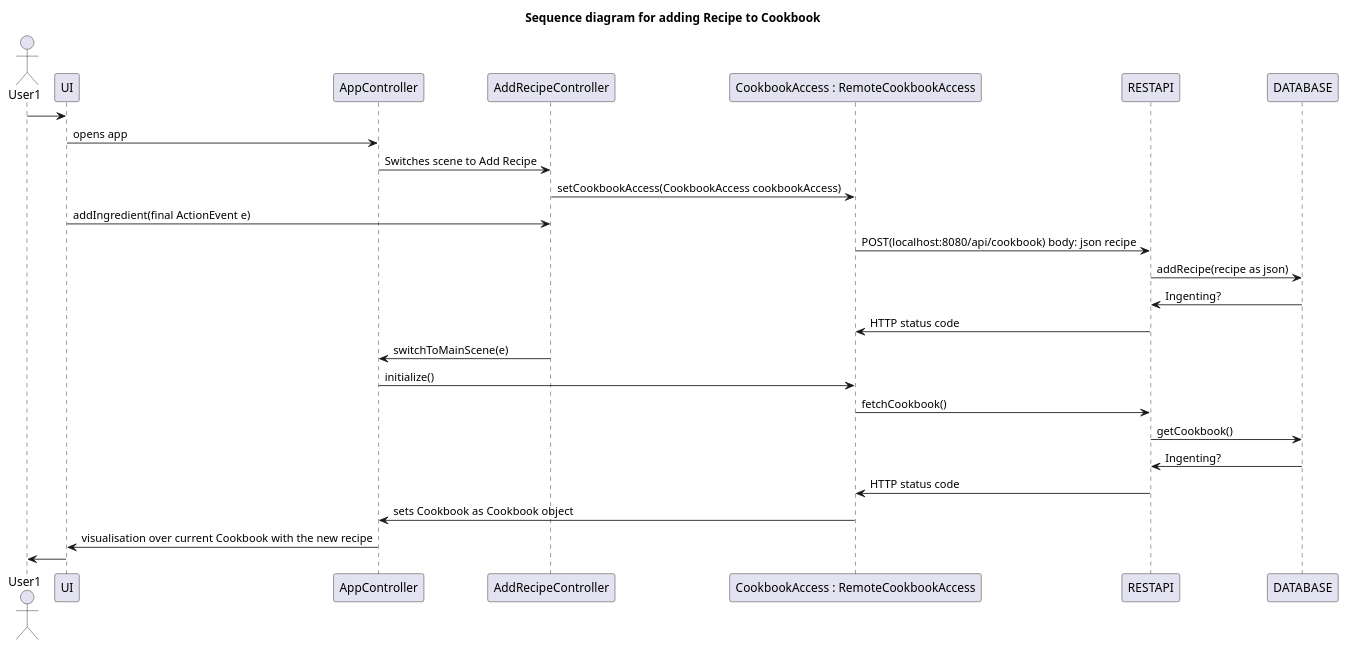
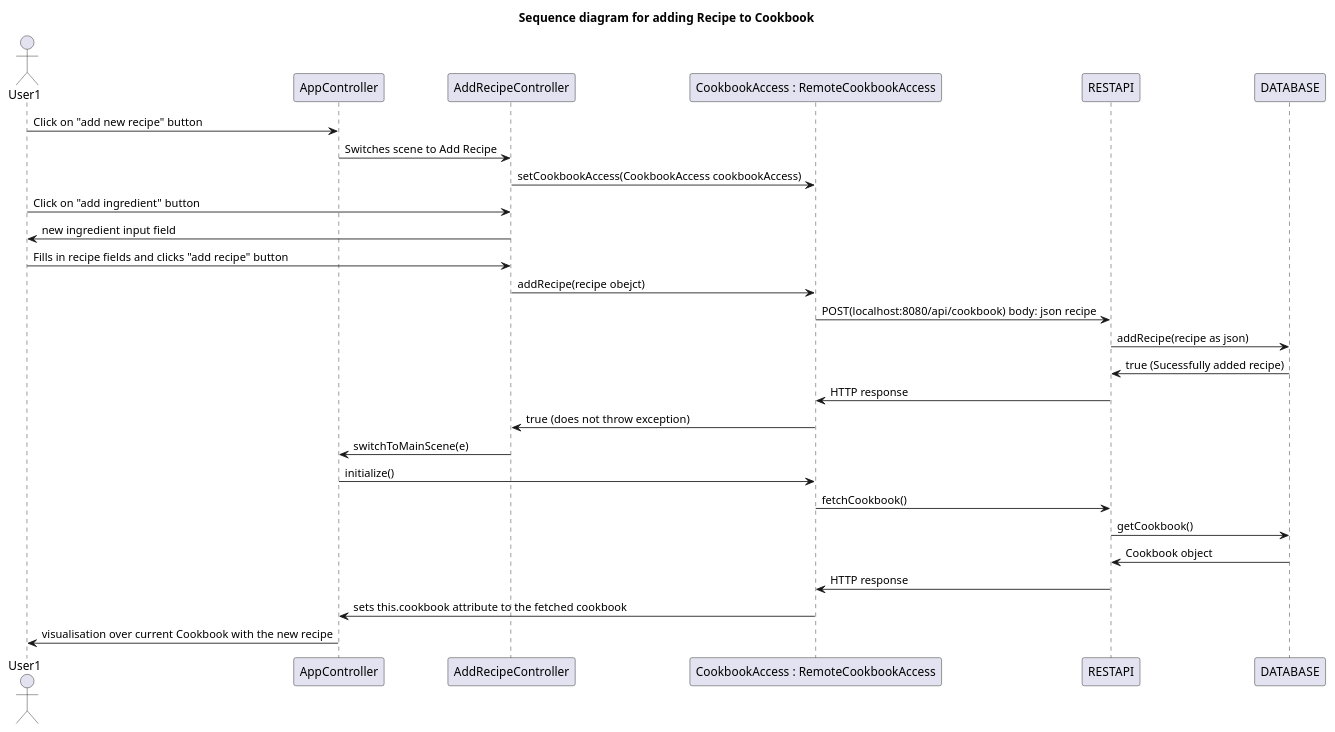
The diagram in cookbook-project/diagrams/src/sequenceDiagram.puml (TobiasBorning/Cookbook), drawn with PlantUML before and after one commit. The commit also changed 5 other files, not shown here.

First line of the commit message:
[Documentaion] Updated the diagrams

```diff
--- a/cookbook-project/diagrams/src/sequenceDiagram.puml
+++ b/cookbook-project/diagrams/src/sequenceDiagram.puml
@@ -1,26 +1,28 @@
 @startuml sequenceDiagram
 
 title Sequence diagram for adding Recipe to Cookbook
 
     actor User1
-    User1 -> UI
-    UI -> AppController: opens app
+    User1 -> AppController: Click on "add new recipe" button
     AppController -> AddRecipeController: Switches scene to Add Recipe
     AddRecipeController -> "CookbookAccess : RemoteCookbookAccess": setCookbookAccess(CookbookAccess cookbookAccess)
-    UI -> AddRecipeController : addIngredient(final ActionEvent e)
+    User1 -> AddRecipeController : Click on "add ingredient" button
+    AddRecipeController -> User1 : new ingredient input field
+    User1 -> AddRecipeController : Fills in recipe fields and clicks "add recipe" button
+    AddRecipeController -> "CookbookAccess : RemoteCookbookAccess" : addRecipe(recipe obejct) 
     "CookbookAccess : RemoteCookbookAccess" -> RESTAPI: POST(localhost:8080/api/cookbook) body: json recipe
     RESTAPI -> DATABASE : addRecipe(recipe as json)
-    DATABASE -> RESTAPI: Ingenting?
-    RESTAPI -> "CookbookAccess : RemoteCookbookAccess": HTTP status code
+    DATABASE -> RESTAPI: true (Sucessfully added recipe)
+    RESTAPI -> "CookbookAccess : RemoteCookbookAccess": HTTP response
+    "CookbookAccess : RemoteCookbookAccess" -> AddRecipeController: true (does not throw exception)
     AddRecipeController -> AppController : switchToMainScene(e)
 
     AppController -> "CookbookAccess : RemoteCookbookAccess": initialize()
     "CookbookAccess : RemoteCookbookAccess" -> RESTAPI: fetchCookbook()
     RESTAPI -> DATABASE : getCookbook()
-    DATABASE -> RESTAPI: Ingenting?
-    RESTAPI -> "CookbookAccess : RemoteCookbookAccess": HTTP status code
-    "CookbookAccess : RemoteCookbookAccess" -> AppController: sets Cookbook as Cookbook object
-    AppController -> UI: visualisation over current Cookbook with the new recipe
-    UI -> User1
+    DATABASE -> RESTAPI: Cookbook object
+    RESTAPI -> "CookbookAccess : RemoteCookbookAccess": HTTP response
+    "CookbookAccess : RemoteCookbookAccess" -> AppController: sets this.cookbook attribute to the fetched cookbook
+    AppController -> User1: visualisation over current Cookbook with the new recipe
     
 @enduml
```
